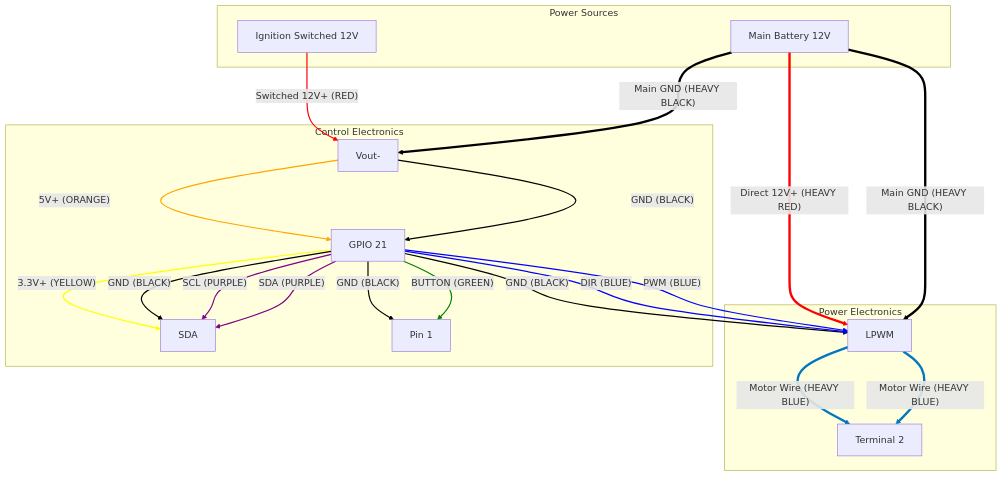
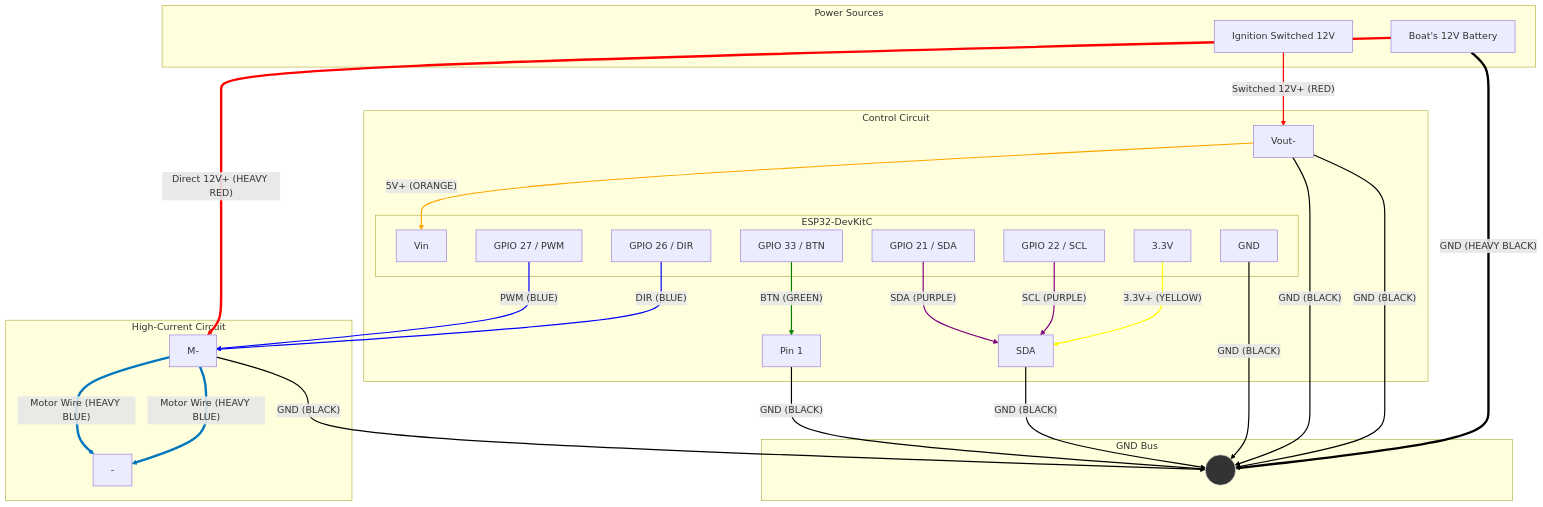
One commit to tbitu/mpy-selflearning-autopilot changed the diagram in README.md. Above: the diagram before and after it, drawn with Mermaid.

````diff
--- a/README.md
+++ b/README.md
@@ -32,65 +32,82 @@
 ```mermaid
 graph TD
     subgraph Power Sources
-        A[Main Battery 12V]
+        A[Boat's 12V Battery]
         B[Ignition Switched 12V]
     end
 
-    subgraph Power Electronics
+    subgraph High-Current Circuit
         C[BTS7960 H-Bridge Driver]
         F[Hydraulic Pump Motor]
     end
 
-    subgraph Control Electronics
-        D[ESP32-DevKitC]
+    subgraph Control Circuit
+        subgraph ESP32-DevKitC
+            D_VIN[Vin]
+            D_GND[GND]
+            D_3V3[3.3V]
+            D_GPIO21[GPIO 21 / SDA]
+            D_GPIO22[GPIO 22 / SCL]
+            D_GPIO26[GPIO 26 / DIR]
+            D_GPIO27[GPIO 27 / PWM]
+            D_GPIO33[GPIO 33 / BTN]
+        end
         E[BNO055 Sensor]
         H[12V to 5V Buck Converter]
         G[Push Button]
     end
 
-    %% High-Current Power Circuit
+    %% Ground Bus (All grounds connect here)
+    subgraph GND Bus
+        GND((GND))
+    end
+    style GND fill:#333,stroke:#fff
+
+    %% Power Connections
     A -- Direct 12V+ (HEAVY RED) --> C[B+]
-    C[M+] -- Motor Wire (HEAVY BLUE) --> F[Terminal 1]
-    C[M-] -- Motor Wire (HEAVY BLUE) --> F[Terminal 2]
+    B -- Switched 12V+ (RED) --> H[Vin+]
+    H -- 5V+ (ORANGE) --> D_VIN
+    D_3V3 -- 3.3V+ (YELLOW) --> E[Vin]
 
-    %% Switched Control Power Circuit
-    B -- Switched 12V+ (RED) --> H[Vin+]
-    H[Vout+] -- 5V+ (ORANGE) --> D[Vin]
-    D[3.3V] -- 3.3V+ (YELLOW) --> E[Vin]
+    %% Ground Connections
+    A -- GND (HEAVY BLACK) --> GND
+    C[B-] -- GND (BLACK) --> GND
+    H[Vin-] -- GND (BLACK) --> GND
+    H[Vout-] -- GND (BLACK) --> GND
+    D_GND -- GND (BLACK) --> GND
+    E[GND] -- GND (BLACK) --> GND
+    G[Pin 2] -- GND (BLACK) --> GND
 
-    %% Ground Connections (CRITICAL - ALL MUST CONNECT)
-    A -- Main GND (HEAVY BLACK) --> C[B-]
-    A -- Main GND (HEAVY BLACK) --> H[Vin-]
-    H[Vout-] -- GND (BLACK) --> D[GND]
-    D[GND] -- GND (BLACK) --> E[GND]
-    D[GND] -- GND (BLACK) --> G[Pin 2]
-    D[GND] -- GND (BLACK) --> C[GND]
+    %% Control Signals
+    D_GPIO26 -- DIR (BLUE) --> C[RPWM]
+    D_GPIO27 -- PWM (BLUE) --> C[LPWM]
+    D_GPIO33 -- BTN (GREEN) --> G[Pin 1]
 
-    %% Control Signal Connections
-    D[GPIO 26] -- DIR (BLUE) --> C[RPWM]
-    D[GPIO 27] -- PWM (BLUE) --> C[LPWM]
-    D[GPIO 33] -- BUTTON (GREEN) --> G[Pin 1]
+    %% I2C Sensor Signals
+    D_GPIO22 -- SCL (PURPLE) --> E[SCL]
+    D_GPIO21 -- SDA (PURPLE) --> E[SDA]
 
-    %% I2C Sensor Connections
-    D[GPIO 22] -- SCL (PURPLE) --> E[SCL]
-    D[GPIO 21] -- SDA (PURPLE) --> E[SDA]
+    %% Motor Output
+    C[M+] -- Motor Wire (HEAVY BLUE) --> F[+]
+    C[M-] -- Motor Wire (HEAVY BLUE) --> F[-]
 
     %% Styling
     linkStyle 0 stroke:red,stroke-width:4px
-    linkStyle 1 stroke:#0077be,stroke-width:4px
-    linkStyle 2 stroke:#0077be,stroke-width:4px
-    linkStyle 3 stroke:red,stroke-width:2px
-    linkStyle 4 stroke:orange,stroke-width:2px
-    linkStyle 5 stroke:yellow,stroke-width:2px
-    linkStyle 6 stroke:black,stroke-width:4px
-    linkStyle 7 stroke:black,stroke-width:4px
+    linkStyle 1 stroke:red,stroke-width:2px
+    linkStyle 2 stroke:orange,stroke-width:2px
+    linkStyle 3 stroke:yellow,stroke-width:2px
+    linkStyle 4 stroke:black,stroke-width:4px
+    linkStyle 5 stroke:black,stroke-width:2px
+    linkStyle 6 stroke:black,stroke-width:2px
+    linkStyle 7 stroke:black,stroke-width:2px
     linkStyle 8 stroke:black,stroke-width:2px
     linkStyle 9 stroke:black,stroke-width:2px
     linkStyle 10 stroke:black,stroke-width:2px
-    linkStyle 11 stroke:black,stroke-width:2px
+    linkStyle 11 stroke:blue,stroke-width:2px
     linkStyle 12 stroke:blue,stroke-width:2px
-    linkStyle 13 stroke:blue,stroke-width:2px
-    linkStyle 14 stroke:green,stroke-width:2px
+    linkStyle 13 stroke:green,stroke-width:2px
+    linkStyle 14 stroke:purple,stroke-width:2px
     linkStyle 15 stroke:purple,stroke-width:2px
-    linkStyle 16 stroke:purple,stroke-width:2px
+    linkStyle 16 stroke:#0077be,stroke-width:4px
+    linkStyle 17 stroke:#0077be,stroke-width:4px
 ```
````
